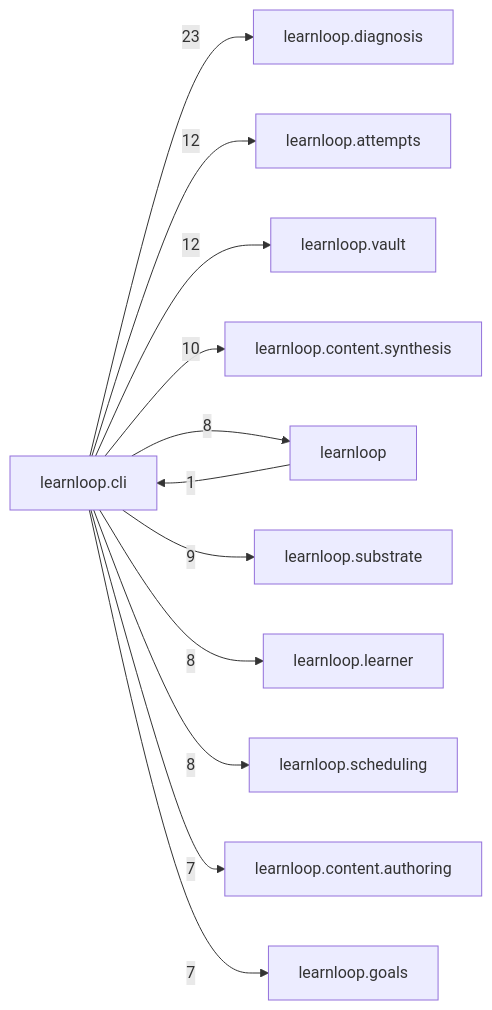
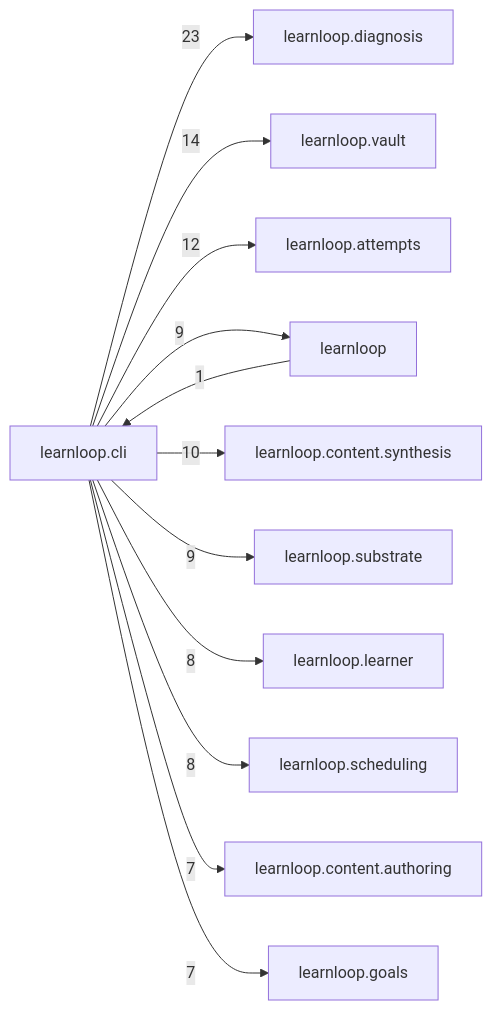
Before and after one commit to 6up-b/learnanything: the diagram in docs/learnloop-architecture-vault/Reference/Modules/learnloop/cli/_package.md, drawn with Mermaid. The commit also changed other lines of this file and 342 other files, not shown here.

````diff
--- a/docs/learnloop-architecture-vault/Reference/Modules/learnloop/cli/_package.md
+++ b/docs/learnloop-architecture-vault/Reference/Modules/learnloop/cli/_package.md
@@ -132,25 +134,25 @@
 ```mermaid
 flowchart LR
     center["learnloop.cli"]
     n_learnloop_diagnosis["learnloop.diagnosis"]
+    n_learnloop_vault["learnloop.vault"]
     n_learnloop_attempts["learnloop.attempts"]
-    n_learnloop_vault["learnloop.vault"]
+    n_learnloop["learnloop"]
     n_learnloop_content_synthesis["learnloop.content.synthesis"]
-    n_learnloop["learnloop"]
     n_learnloop_substrate["learnloop.substrate"]
     n_learnloop_learner["learnloop.learner"]
     n_learnloop_scheduling["learnloop.scheduling"]
     n_learnloop_content_authoring["learnloop.content.authoring"]
     n_learnloop_goals["learnloop.goals"]
     center -->|23| n_learnloop_diagnosis
+    center -->|14| n_learnloop_vault
     center -->|12| n_learnloop_attempts
-    center -->|12| n_learnloop_vault
+    n_learnloop -->|1| center
+    center -->|9| n_learnloop
     center -->|10| n_learnloop_content_synthesis
-    n_learnloop -->|1| center
-    center -->|8| n_learnloop
     center -->|9| n_learnloop_substrate
     center -->|8| n_learnloop_learner
     center -->|8| n_learnloop_scheduling
     center -->|7| n_learnloop_content_authoring
     center -->|7| n_learnloop_goals
 ```
````
